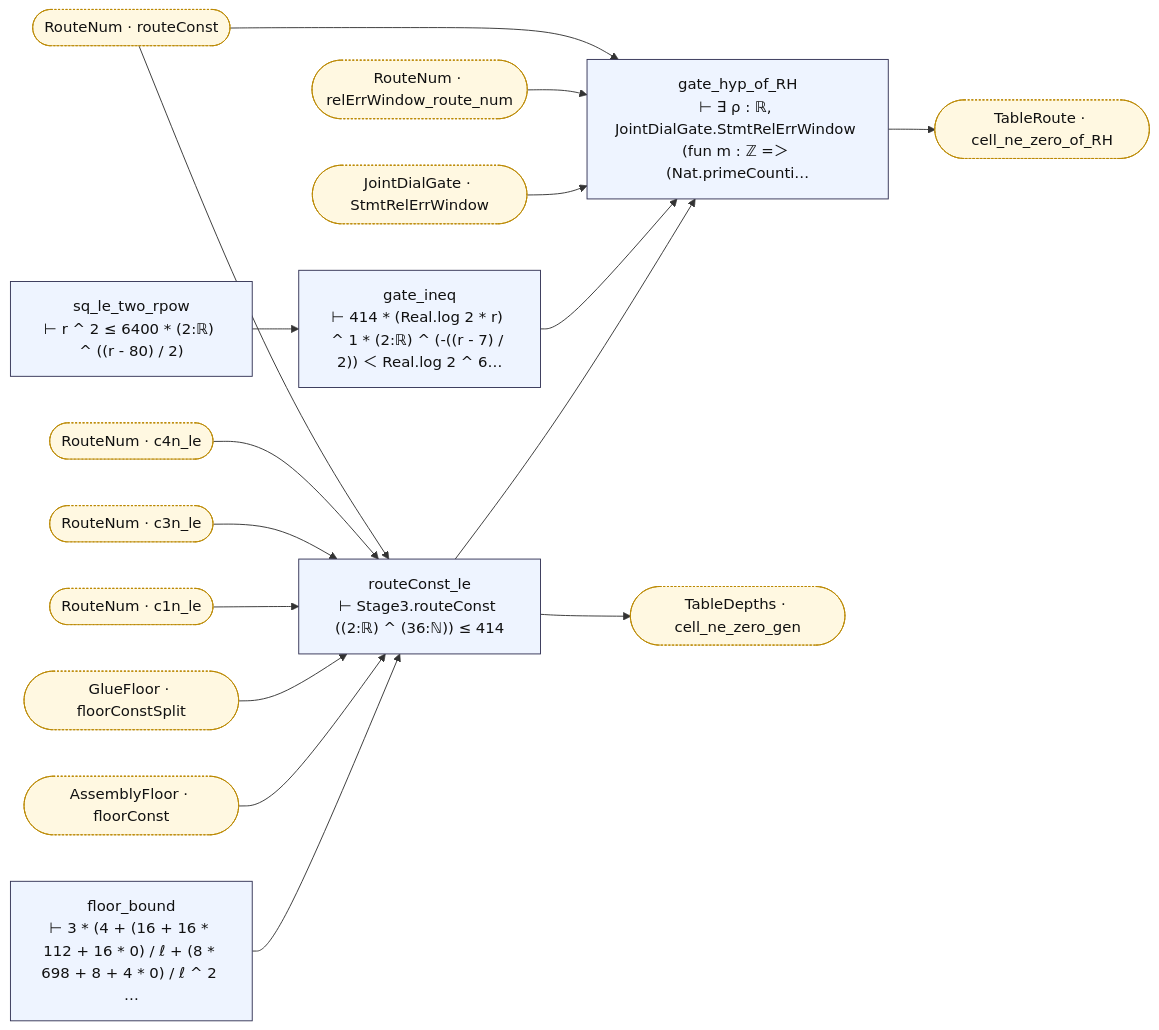
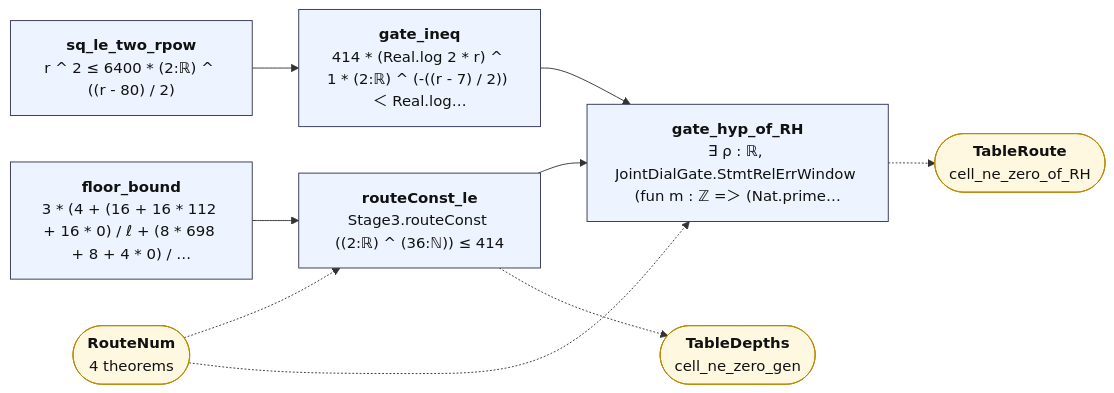
The diagram in map/lean_stage3/GateEval.md (juliansambranojr/Primebeat_081426), drawn with Mermaid before and after one commit. The commit also changed other lines of this file and 387 other files, not shown here.

````diff
--- a/map/lean_stage3/GateEval.md
+++ b/map/lean_stage3/GateEval.md
@@ -8,39 +12,24 @@
 ```mermaid
 flowchart LR
-  n0["floor_bound<br/>⊢ 3 * (4 + (16 + 16 * 112 + 16 * 0) / ℓ + (8 * 698 + 8 + 4 * 0) / ℓ ^ 2 …"]:::thm
-  n1["routeConst_le<br/>⊢ Stage3.routeConst ((2:ℝ) ^ (36:ℕ)) ≤ 414"]:::thm
-  n2["sq_le_two_rpow<br/>⊢ r ^ 2 ≤ 6400 * (2:ℝ) ^ ((r - 80) / 2)"]:::thm
-  n3["gate_ineq<br/>⊢ 414 * (Real.log 2 * r) ^ 1 * (2:ℝ) ^ (-((r - 7) / 2)) ＜ Real.log 2 ^ 6…"]:::thm
-  n4["gate_hyp_of_RH<br/>⊢ ∃ ρ : ℝ, JointDialGate.StmtRelErrWindow (fun m : ℤ =＞ (Nat.primeCounti…"]:::thm
-  x0(["AssemblyFloor · floorConst"]):::ext
-  x1(["GlueFloor · floorConstSplit"]):::ext
-  x2(["JointDialGate · StmtRelErrWindow"]):::ext
-  x3(["RouteNum · c1n_le"]):::ext
-  x4(["RouteNum · c3n_le"]):::ext
-  x5(["RouteNum · c4n_le"]):::ext
-  x6(["RouteNum · relErrWindow_route_num"]):::ext
-  x7(["RouteNum · routeConst"]):::ext
-  x8(["TableDepths · cell_ne_zero_gen"]):::ext
-  x9(["TableRoute · cell_ne_zero_of_RH"]):::ext
+  n0["<b>floor_bound</b><br/>3 * (4 + (16 + 16 * 112 + 16 * 0) / ℓ + (8 * 698 + 8 + 4 * 0) / …"]:::thm
+  n1["<b>routeConst_le</b><br/>Stage3.routeConst ((2:ℝ) ^ (36:ℕ)) ≤ 414"]:::thm
+  n2["<b>sq_le_two_rpow</b><br/>r ^ 2 ≤ 6400 * (2:ℝ) ^ ((r - 80) / 2)"]:::thm
+  n3["<b>gate_ineq</b><br/>414 * (Real.log 2 * r) ^ 1 * (2:ℝ) ^ (-((r - 7) / 2)) ＜ Real.log…"]:::thm
+  n4["<b>gate_hyp_of_RH</b><br/>∃ ρ : ℝ, JointDialGate.StmtRelErrWindow (fun m : ℤ =＞ (Nat.prime…"]:::thm
+  x0(["<b>RouteNum</b><br/>4 theorems"]):::ext
+  x1(["<b>TableDepths</b><br/>cell_ne_zero_gen"]):::ext
+  x2(["<b>TableRoute</b><br/>cell_ne_zero_of_RH"]):::ext
   n0 --> n1
   n1 --> n4
-  n1 --> x8
   n2 --> n3
   n3 --> n4
-  n4 --> x9
-  x0 --> n1
-  x1 --> n1
-  x2 --> n4
-  x3 --> n1
-  x4 --> n1
-  x5 --> n1
-  x6 --> n4
-  x7 --> n1
-  x7 --> n4
+  n1 -.-> x1
+  n4 -.-> x2
+  x0 -.-> n1
+  x0 -.-> n4
   classDef thm fill:#eef4ff,stroke:#335,color:#111
-  classDef dfn fill:#f2f2f2,stroke:#777,color:#111
   classDef end_ fill:#e7f7e7,stroke:#2a7,color:#111,stroke-width:2px
   classDef lone fill:#fff,stroke:#999,color:#111,stroke-dasharray:4 3
   classDef bad fill:#ffe5e5,stroke:#c22,color:#111,stroke-width:2px
-  classDef ext fill:#fff8e1,stroke:#b80,color:#111,stroke-dasharray:2 2
+  classDef ext fill:#fff8e1,stroke:#b80,color:#111
 ```
````
